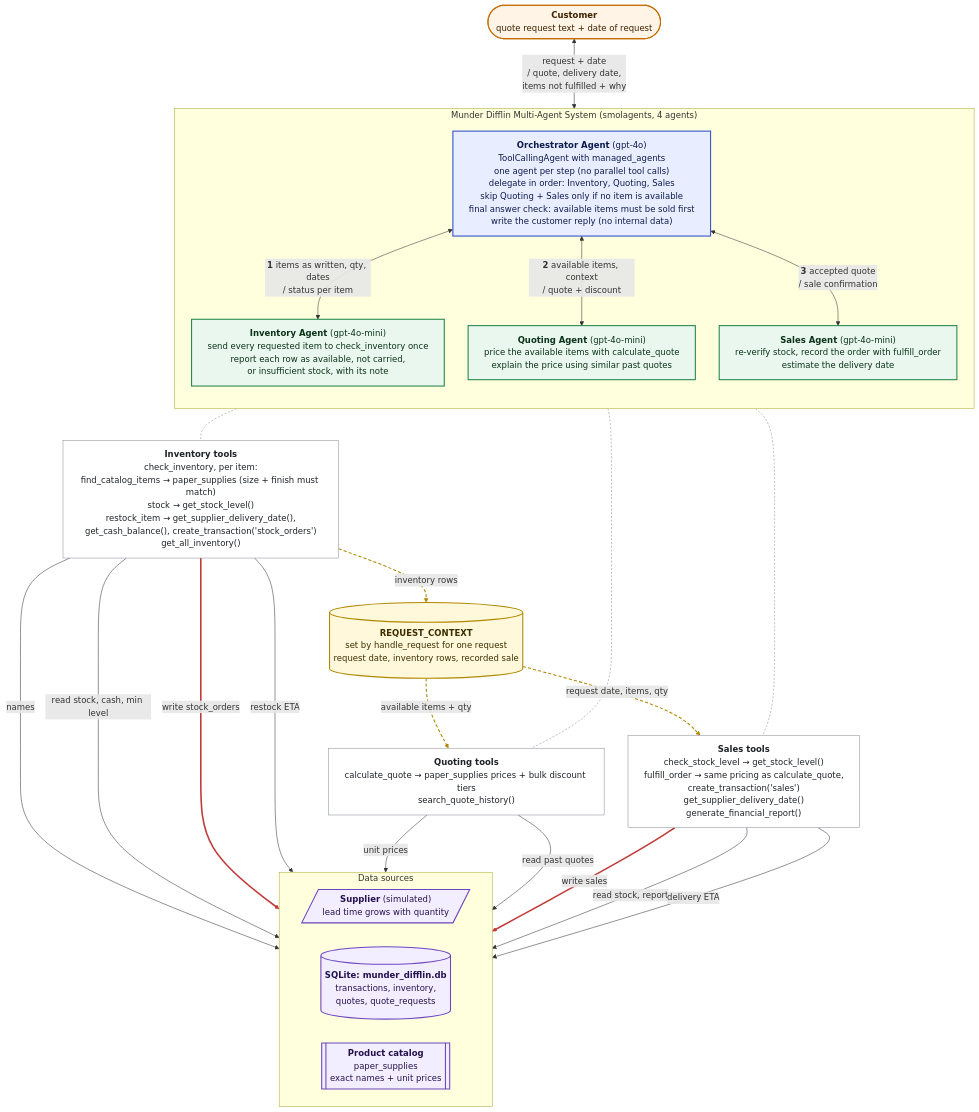
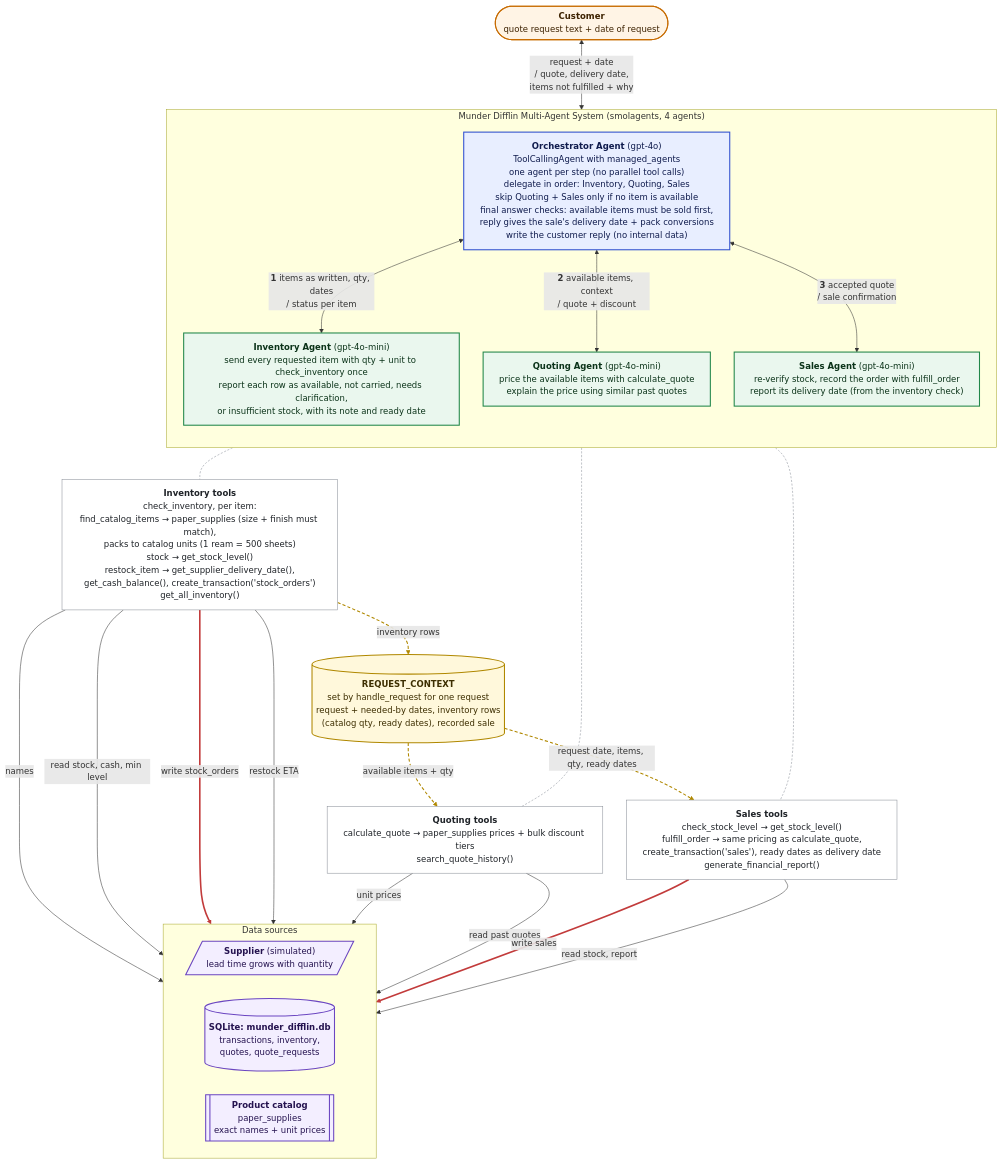
Before and after one commit to WhaleKong/beaver_choice_paper_company: the diagram in diagrams/agent_workflow.mmd, drawn with Mermaid. The commit also changed 8 other files, not shown here.

First line of the commit message:
Convert pack units and carry inventory delivery dates into sales and replies

```diff
--- a/diagrams/agent_workflow.mmd
+++ b/diagrams/agent_workflow.mmd
@@ -1,71 +1,70 @@
 %%{init: {"flowchart": {"nodeSpacing": 45, "rankSpacing": 60, "curve": "basis", "wrappingWidth": 460}, "themeVariables": {"fontSize": "16px"}}}%%
 %% Munder Difflin multi-agent architecture (smolagents, 4 agents).
 %% Numbers on the arrows give the order of delegation; each arrow carries "request / result".
 %% Tool boxes list each tool and the starter helpers it uses. Thick arrows are database writes.
 %% Dotted orange arrows show REQUEST_CONTEXT, the per-request state the tools share.
 flowchart TB
     CUST(["<b>Customer</b><br/>quote request text + date of request"])
 
     subgraph MAS["Munder Difflin Multi-Agent System (smolagents, 4 agents)"]
         direction TB
-        ORCH["<b>Orchestrator Agent</b> (gpt-4o)<br/>ToolCallingAgent with managed_agents<br/>one agent per step (no parallel tool calls)<br/>delegate in order: Inventory, Quoting, Sales<br/>skip Quoting + Sales only if no item is available<br/>final answer check: available items must be sold first<br/>write the customer reply (no internal data)"]
-        INV["<b>Inventory Agent</b> (gpt-4o-mini)<br/>send every requested item to check_inventory once<br/>report each row as available, not carried,<br/>or insufficient stock, with its note"]
+        ORCH["<b>Orchestrator Agent</b> (gpt-4o)<br/>ToolCallingAgent with managed_agents<br/>one agent per step (no parallel tool calls)<br/>delegate in order: Inventory, Quoting, Sales<br/>skip Quoting + Sales only if no item is available<br/>final answer checks: available items must be sold first,<br/>reply gives the sale's delivery date + pack conversions<br/>write the customer reply (no internal data)"]
+        INV["<b>Inventory Agent</b> (gpt-4o-mini)<br/>send every requested item with qty + unit to check_inventory once<br/>report each row as available, not carried, needs clarification,<br/>or insufficient stock, with its note and ready date"]
         QUO["<b>Quoting Agent</b> (gpt-4o-mini)<br/>price the available items with calculate_quote<br/>explain the price using similar past quotes"]
-        SAL["<b>Sales Agent</b> (gpt-4o-mini)<br/>re-verify stock, record the order with fulfill_order<br/>estimate the delivery date"]
+        SAL["<b>Sales Agent</b> (gpt-4o-mini)<br/>re-verify stock, record the order with fulfill_order<br/>report its delivery date (from the inventory check)"]
 
         ORCH <-- "<b>1</b> items as written, qty, dates<br/>/ status per item" --> INV
         ORCH <-- "<b>2</b> available items, context<br/>/ quote + discount" --> QUO
         ORCH <-- "<b>3</b> accepted quote<br/>/ sale confirmation" --> SAL
     end
 
     CUST <-- "request + date<br/>/ quote, delivery date,<br/>items not fulfilled + why" --> ORCH
 
-    INVT["<b>Inventory tools</b><br/>check_inventory, per item:<br/>find_catalog_items &rarr; paper_supplies (size + finish must match)<br/>stock &rarr; get_stock_level()<br/>restock_item &rarr; get_supplier_delivery_date(),<br/>get_cash_balance(), create_transaction('stock_orders')<br/>get_all_inventory()"]
+    INVT["<b>Inventory tools</b><br/>check_inventory, per item:<br/>find_catalog_items &rarr; paper_supplies (size + finish must match),<br/>packs to catalog units (1 ream = 500 sheets)<br/>stock &rarr; get_stock_level()<br/>restock_item &rarr; get_supplier_delivery_date(),<br/>get_cash_balance(), create_transaction('stock_orders')<br/>get_all_inventory()"]
     QUOT["<b>Quoting tools</b><br/>calculate_quote &rarr; paper_supplies prices + bulk discount tiers<br/>search_quote_history()"]
-    SALT["<b>Sales tools</b><br/>check_stock_level &rarr; get_stock_level()<br/>fulfill_order &rarr; same pricing as calculate_quote,<br/>create_transaction('sales')<br/>get_supplier_delivery_date()<br/>generate_financial_report()"]
+    SALT["<b>Sales tools</b><br/>check_stock_level &rarr; get_stock_level()<br/>fulfill_order &rarr; same pricing as calculate_quote,<br/>create_transaction('sales'), ready dates as delivery date<br/>generate_financial_report()"]
 
     INV --- INVT
     QUO --- QUOT
     SAL --- SALT
 
-    CTX[("<b>REQUEST_CONTEXT</b><br/>set by handle_request for one request<br/>request date, inventory rows, recorded sale")]
+    CTX[("<b>REQUEST_CONTEXT</b><br/>set by handle_request for one request<br/>request + needed-by dates, inventory rows<br/>(catalog qty, ready dates), recorded sale")]
 
     INVT -. "inventory rows" .-> CTX
     CTX -. "available items + qty" .-> QUOT
-    CTX -. "request date, items, qty" .-> SALT
+    CTX -. "request date, items, qty, ready dates" .-> SALT
 
     subgraph DATA["Data sources"]
         direction LR
         %% Declared in this order so the layout keeps Inventory, Quoting, Sales left to right.
         SUP[/"<b>Supplier</b> (simulated)<br/>lead time grows with quantity"/]
         DB[("<b>SQLite: munder_difflin.db</b><br/>transactions, inventory,<br/>quotes, quote_requests")]
         CAT[["<b>Product catalog</b><br/>paper_supplies<br/>exact names + unit prices"]]
     end
 
     INVT -- "names" --> CAT
     INVT -- "read stock, cash, min level" --> DB
     INVT == "write stock_orders" ==> DB
     INVT -- "restock ETA" --> SUP
     QUOT -- "unit prices" --> CAT
     QUOT -- "read past quotes" --> DB
     SALT == "write sales" ==> DB
     SALT -- "read stock, report" --> DB
-    SALT -- "delivery ETA" --> SUP
 
     classDef customer fill:#FFF4E5,stroke:#C76B00,stroke-width:2px,color:#3D2200
     classDef orchestrator fill:#E8EEFF,stroke:#2F4FD0,stroke-width:2px,color:#0F1B4D
     classDef worker fill:#EAF7EE,stroke:#22874A,stroke-width:2px,color:#0B3319
     classDef tool fill:#FFFFFF,stroke:#8A8F98,stroke-width:1px,color:#1F2328
     classDef data fill:#F3EEFF,stroke:#6B46C1,stroke-width:2px,color:#24124F
     classDef context fill:#FFF8DB,stroke:#B08800,stroke-width:2px,color:#3D2E00
 
     class CUST customer
     class ORCH orchestrator
     class INV,QUO,SAL worker
     class INVT,QUOT,SALT tool
     class CAT,DB,SUP data
     class CTX context
 
     linkStyle 4,5,6 stroke:#8A8F98,stroke-dasharray:4 3
     linkStyle 7,8,9 stroke:#B08800,stroke-width:2px,stroke-dasharray:6 4
     linkStyle 12,16 stroke:#C23B3B,stroke-width:3px
```
